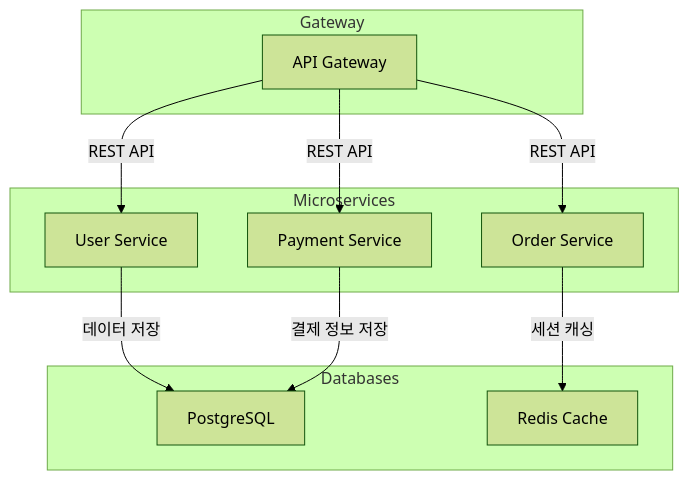
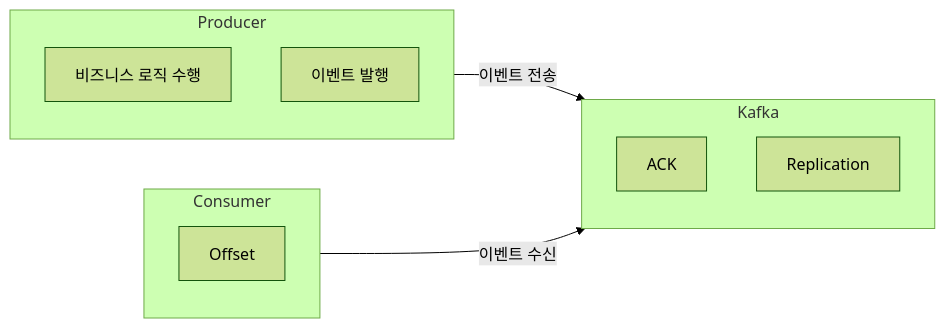
The third of 6 diagrams in _posts/2025-03-23-traffic-board-architecture-2.md (5-SH/5-sh.github.io-deprecated), drawn with Mermaid (forest theme) before and after one commit. The commit also changed other lines of this file, not shown here.

```diff
--- a/_posts/2025-03-23-traffic-board-architecture-2.md
+++ b/_posts/2025-03-23-traffic-board-architecture-2.md
@@ -44,24 +478,20 @@
 <div class="mermaid">
-    graph TD;
-        subgraph Gateway
-            A[API Gateway]
-        end
+graph LR
+    subgraph Producer [Producer]
+        Logic[비즈니스 로직 수행]
+        EventPub[이벤트 발행]
+    end
 
-        subgraph Microservices
-            B[User Service]
-            C[Order Service]
-            D[Payment Service]
-        end
+    subgraph Kafka[Kafka]
+        ACK[ACK]
+        Replication[Replication]
+    end
 
-        subgraph Databases
-            E[PostgreSQL]
-            F[Redis Cache]
-        end
+    subgraph Consumer [Consumer]
+        Offset[Offset]
+    end
 
-        A -->|REST API| B
-        A -->|REST API| C
-        A -->|REST API| D
-        B -->|데이터 저장| E
-        C -->|세션 캐싱| F
-        D -->|결제 정보 저장| E
+    Producer -->|이벤트 전송| Kafka
+    Consumer -->|이벤트 수신| Kafka
+    
 </div>
```
